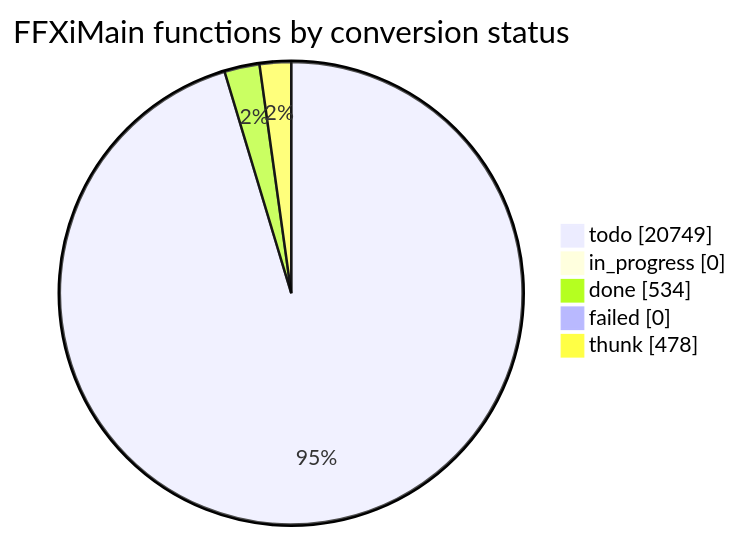
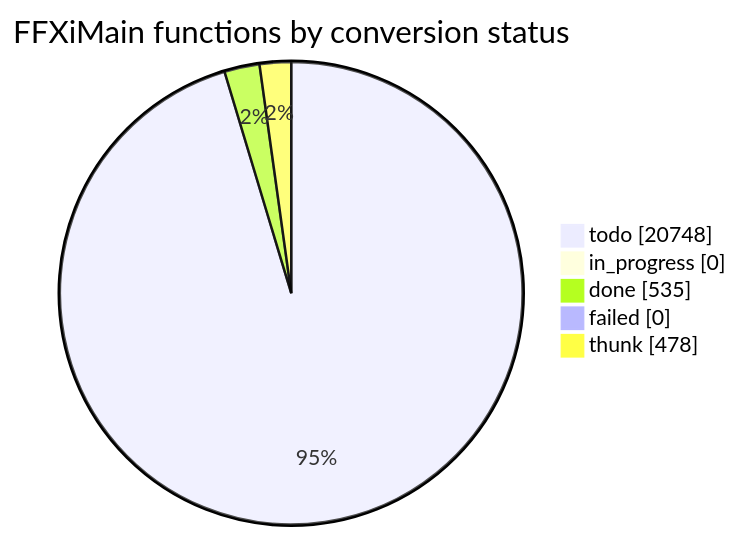
One commit to cowrevenge/cow_kuluu_xi_anything changed the diagram in docs/cow/STATUS.md. Above: the diagram before and after it, drawn with Mermaid. The commit also changed other lines of this file and 9 other files, not shown here.

````diff
--- a/docs/cow/STATUS.md
+++ b/docs/cow/STATUS.md
@@ -18,9 +18,9 @@
 ```mermaid
 pie showData
     title FFXiMain functions by conversion status
-    "todo" : 20749
+    "todo" : 20748
     "in_progress" : 0
-    "done" : 534
+    "done" : 535
     "failed" : 0
     "thunk" : 478
 ```
````
